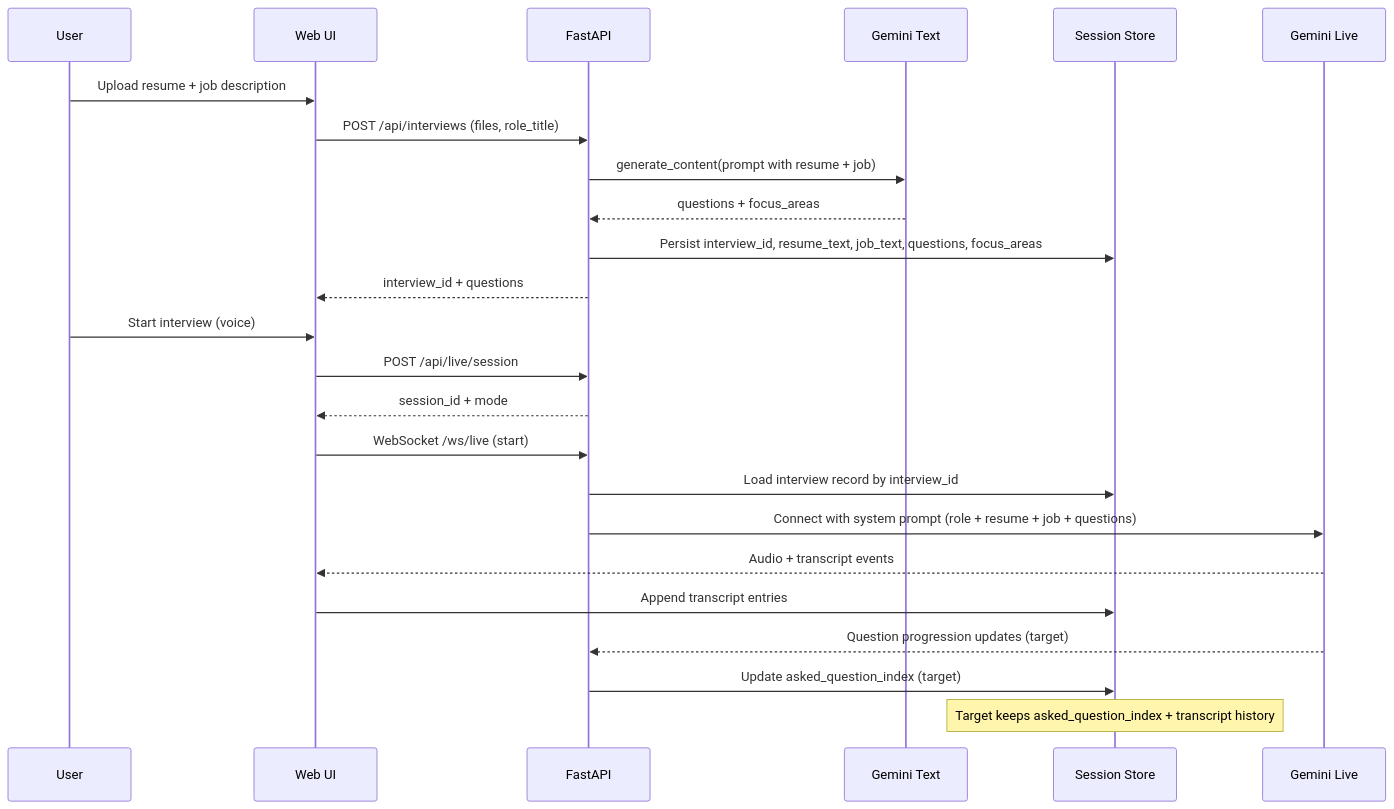
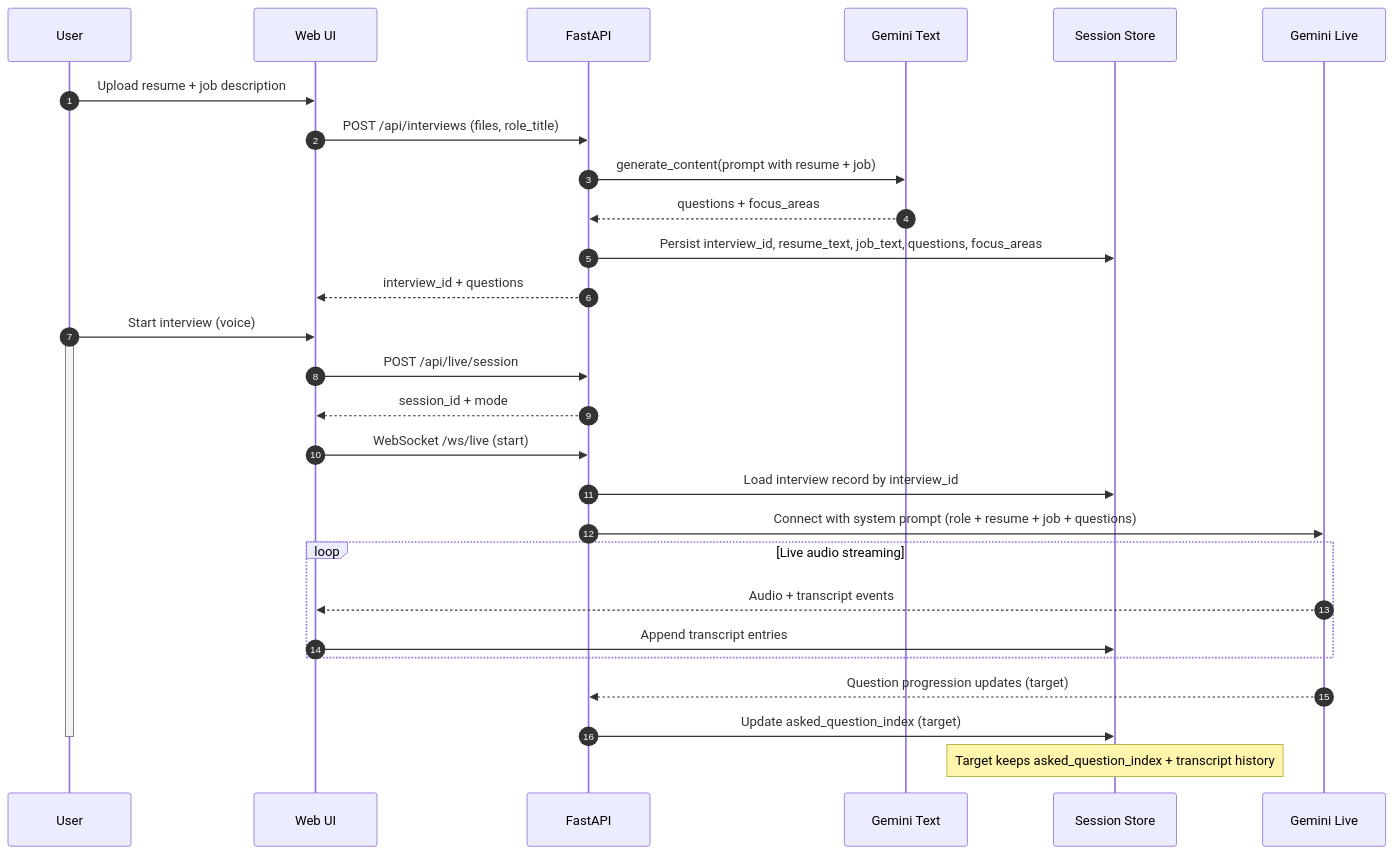
The diagram in docs/plans/2026-01-12-live-context-mermaid.md (taylorparsons/PrepTalk), drawn with Mermaid before and after one commit. The commit also changed other lines of this file, not shown here.

Commit message:
docs: add numbering and user activation to diagram

````diff
--- a/docs/plans/2026-01-12-live-context-mermaid.md
+++ b/docs/plans/2026-01-12-live-context-mermaid.md
@@ -3,29 +3,34 @@
 ```mermaid
 sequenceDiagram
+    autonumber
     participant U as User
     participant UI as Web UI
     participant API as FastAPI
     participant TXT as Gemini Text
     participant S as Session Store
     participant LIVE as Gemini Live
 
     U->>UI: Upload resume + job description
     UI->>API: POST /api/interviews (files, role_title)
     API->>TXT: generate_content(prompt with resume + job)
     TXT-->>API: questions + focus_areas
     API->>S: Persist interview_id, resume_text, job_text, questions, focus_areas
     API-->>UI: interview_id + questions
 
     U->>UI: Start interview (voice)
+    activate U
     UI->>API: POST /api/live/session
     API-->>UI: session_id + mode
     UI->>API: WebSocket /ws/live (start)
     API->>S: Load interview record by interview_id
     API->>LIVE: Connect with system prompt (role + resume + job + questions)
-    LIVE-->>UI: Audio + transcript events
-    UI->>S: Append transcript entries
+    loop Live audio streaming
+        LIVE-->>UI: Audio + transcript events
+        UI->>S: Append transcript entries
+    end
     LIVE-->>API: Question progression updates (target)
     API->>S: Update asked_question_index (target)
+    deactivate U
 
     Note over S: Target keeps asked_question_index + transcript history
 ```
````
